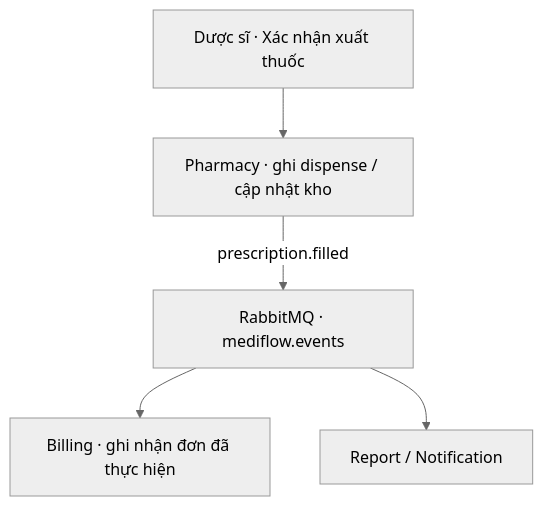
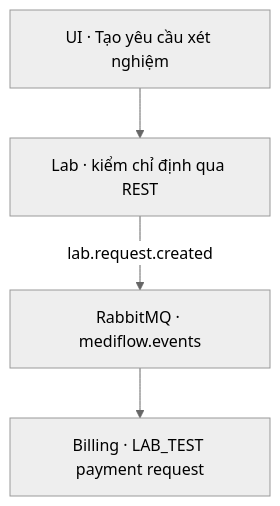
The diagram in scripts/demo_25_10/artifacts/service-demo/diagrams/14.mmd (Dangvinh77/MediFlow), drawn with Mermaid (neutral theme) before and after one commit. The commit also changed 27 other files, not shown here.

First line of the commit message:
docs(demo): add FR, use case, architecture and Gateway slides with MediFlow theme

```diff
--- a/scripts/demo_25_10/artifacts/service-demo/diagrams/14.mmd
+++ b/scripts/demo_25_10/artifacts/service-demo/diagrams/14.mmd
@@ -1,5 +1,4 @@
 flowchart TB
-U["Dược sĩ · Xác nhận xuất thuốc"] --> P["Pharmacy · ghi dispense / cập nhật kho"]
-P -->|"prescription.filled"| R["RabbitMQ · mediflow.events"]
-R --> B["Billing · ghi nhận đơn đã thực hiện"]
-R --> S["Report / Notification"]
+U["UI · Tạo yêu cầu xét nghiệm"] --> L["Lab · kiểm chỉ định qua REST"]
+L -->|"lab.request.created"| R["RabbitMQ · mediflow.events"]
+R --> B["Billing · LAB_TEST payment request"]
```
